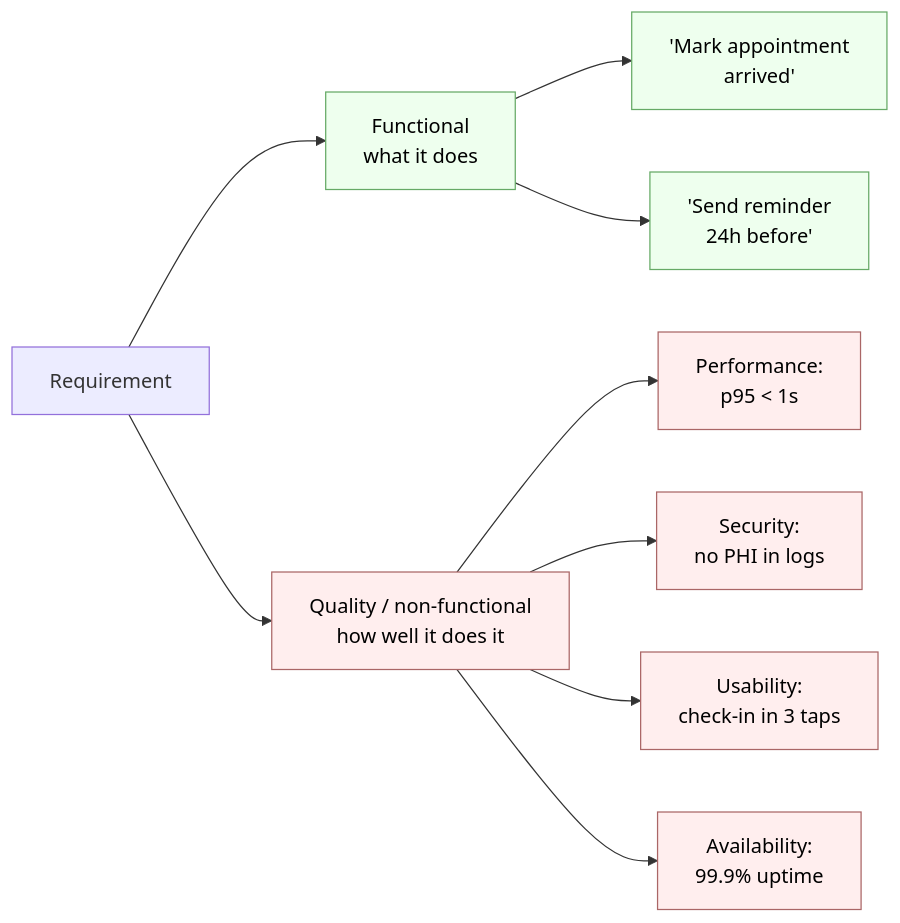
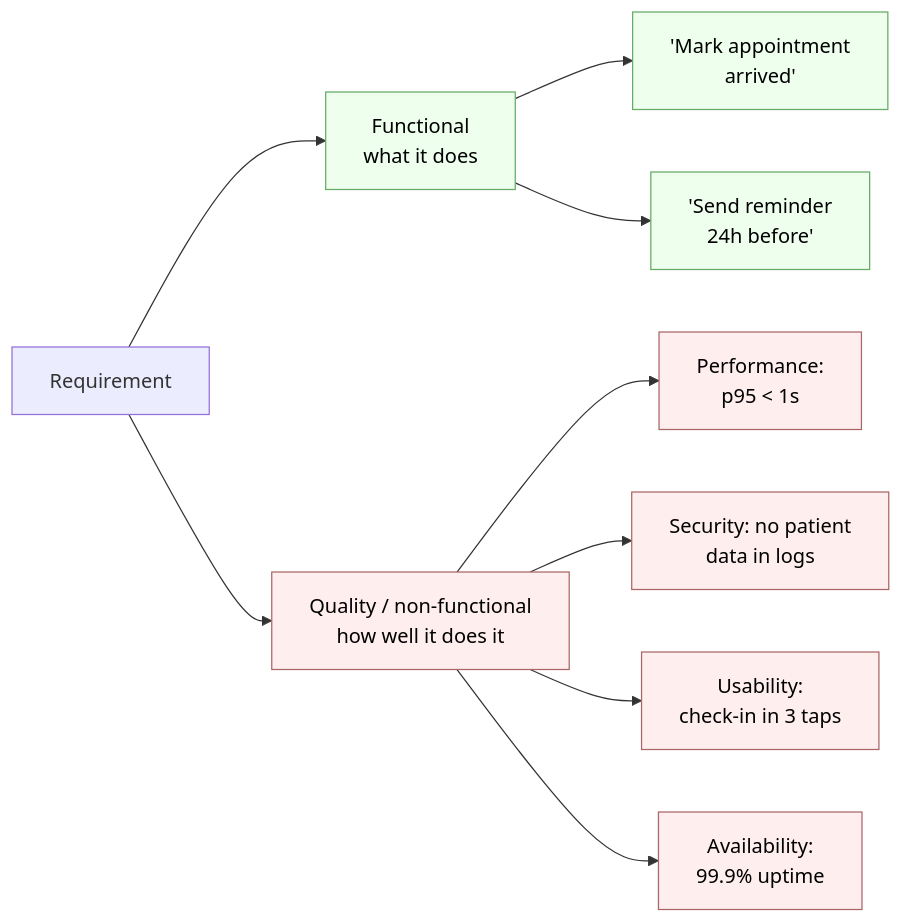
One commit to tghastings/open-swe-book changed the second of 6 diagrams in chapters/03-user-requirements/README.md. Above: the diagram before and after it, drawn with Mermaid. The commit also changed other lines of this file and 56 other files, not shown here.

````diff
--- a/chapters/03-user-requirements/README.md
+++ b/chapters/03-user-requirements/README.md
@@ -118,15 +118,15 @@
 ```mermaid
 flowchart LR
     R[Requirement] --> F[Functional<br/>what it does]
     R --> Q[Quality / non-functional<br/>how well it does it]
     F --> F1["'Mark appointment<br/>arrived'"]
     F --> F2["'Send reminder<br/>24h before'"]
     Q --> Q1["Performance:<br/>p95 < 1s"]
-    Q --> Q2["Security:<br/>no PHI in logs"]
+    Q --> Q2["Security: no patient<br/>data in logs"]
     Q --> Q3["Usability:<br/>check-in in 3 taps"]
     Q --> Q4["Availability:<br/>99.9% uptime"]
     classDef f fill:#efe,stroke:#6a6,color:#000;
     classDef q fill:#fee,stroke:#a66,color:#000;
     class F,F1,F2 f;
     class Q,Q1,Q2,Q3,Q4 q;
 ```
````
